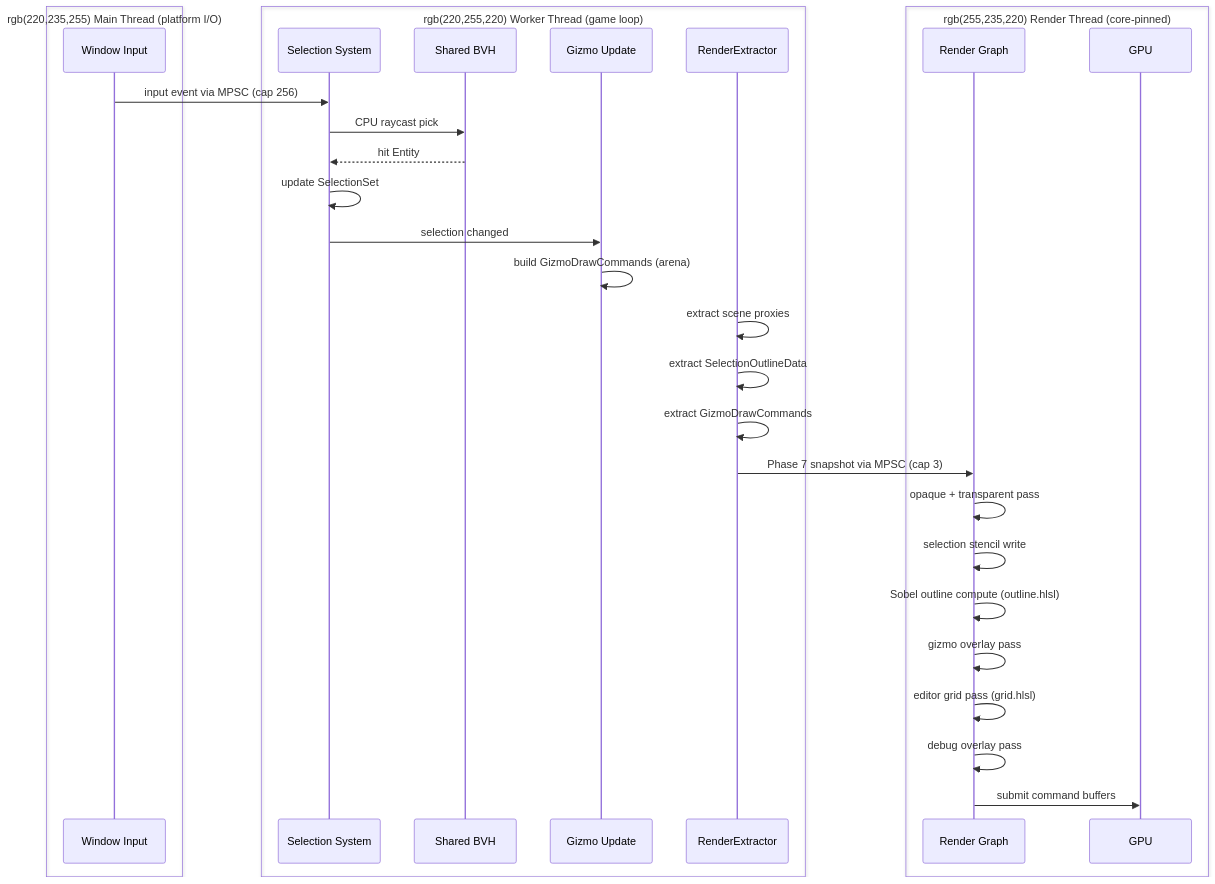
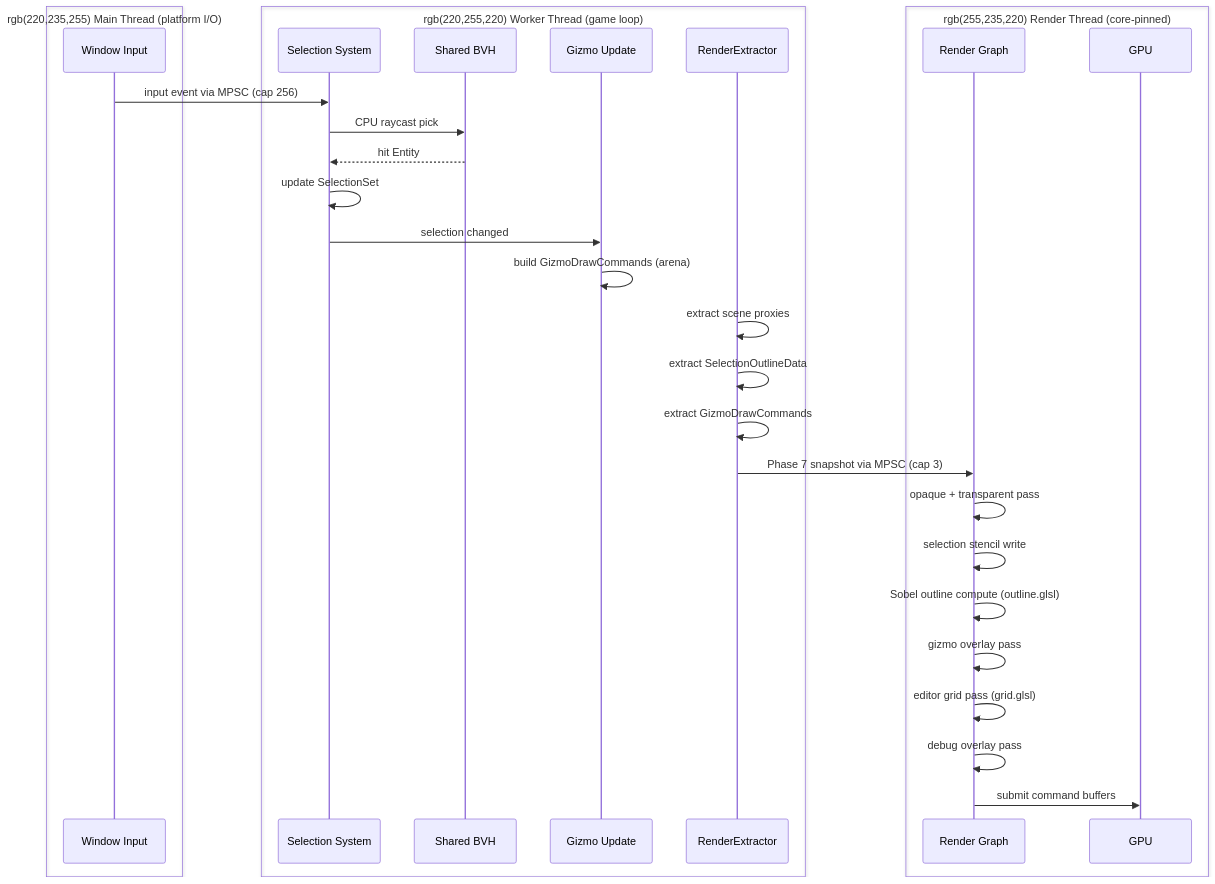
One commit to harmonius-dev/harmonius changed the second of 2 diagrams in docs/design/integration/editor-rendering.md. Above: the diagram before and after it, drawn with Mermaid. The commit also changed other lines of this file and 128 other files, not shown here.

````diff
--- a/docs/design/integration/editor-rendering.md
+++ b/docs/design/integration/editor-rendering.md
@@ -516,34 +516,34 @@
 ```mermaid
 sequenceDiagram
     box rgb(220,235,255) Main Thread (platform I/O)
         participant WIN as Window Input
     end
     box rgb(220,255,220) Worker Thread (game loop)
         participant SEL as Selection System
         participant BVH as Shared BVH
         participant GIZ as Gizmo Update
         participant EXT as RenderExtractor
     end
     box rgb(255,235,220) Render Thread (core-pinned)
         participant RG as Render Graph
         participant GPU as GPU
     end
 
     WIN->>SEL: input event via MPSC (cap 256)
     SEL->>BVH: CPU raycast pick
     BVH-->>SEL: hit Entity
     SEL->>SEL: update SelectionSet
     SEL->>GIZ: selection changed
     GIZ->>GIZ: build GizmoDrawCommands (arena)
     EXT->>EXT: extract scene proxies
     EXT->>EXT: extract SelectionOutlineData
     EXT->>EXT: extract GizmoDrawCommands
     EXT->>RG: Phase 7 snapshot via MPSC (cap 3)
     RG->>RG: opaque + transparent pass
     RG->>RG: selection stencil write
-    RG->>RG: Sobel outline compute (outline.hlsl)
+    RG->>RG: Sobel outline compute (outline.glsl)
     RG->>RG: gizmo overlay pass
-    RG->>RG: editor grid pass (grid.hlsl)
+    RG->>RG: editor grid pass (grid.glsl)
     RG->>RG: debug overlay pass
     RG->>GPU: submit command buffers
 ```
````
